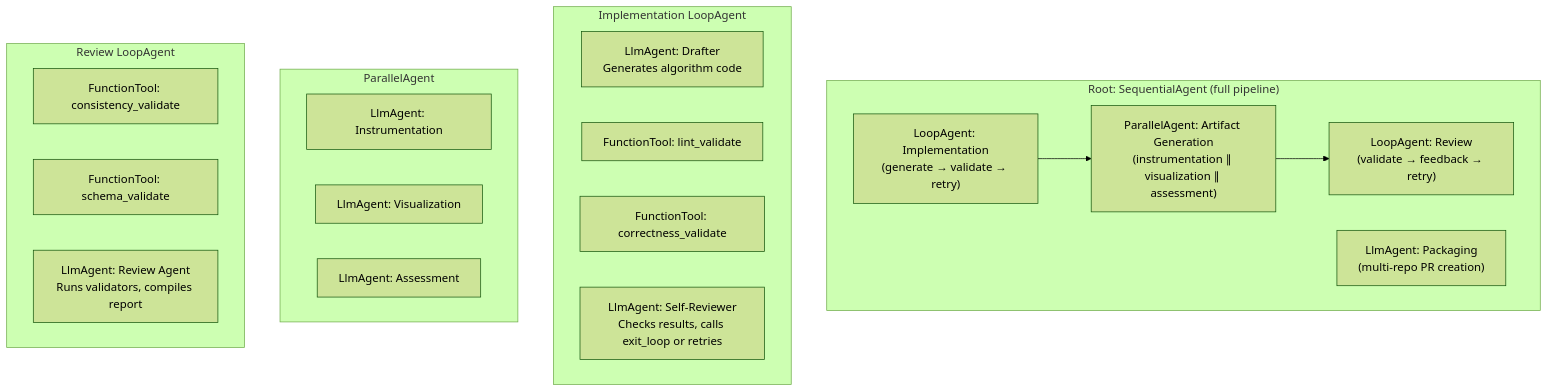
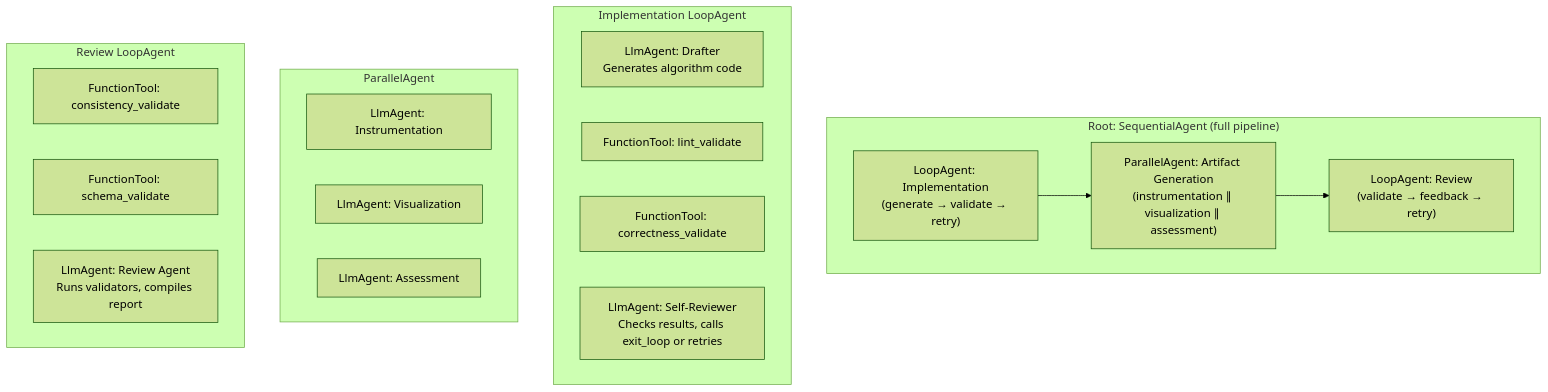
Before and after one commit to no-magic-ai/apprentice: the first of 7 diagrams in docs/system-design.md, drawn with Mermaid (forest theme). The commit also changed other lines of this file and 3 other files, not shown here.

````diff
--- a/docs/system-design.md
+++ b/docs/system-design.md
@@ -137,30 +137,29 @@
 ```mermaid
 graph TB
     subgraph "Root: SequentialAgent (full pipeline)"
         ImplLoop["LoopAgent: Implementation<br/>(generate → validate → retry)"]
         Parallel["ParallelAgent: Artifact Generation<br/>(instrumentation ∥ visualization ∥ assessment)"]
         ReviewLoop["LoopAgent: Review<br/>(validate → feedback → retry)"]
-        Packaging["LlmAgent: Packaging<br/>(multi-repo PR creation)"]
     end
 
     subgraph "Implementation LoopAgent"
         Drafter[LlmAgent: Drafter<br/>Generates algorithm code]
         LintTool[FunctionTool: lint_validate]
         CorrectTool[FunctionTool: correctness_validate]
         Reviewer1[LlmAgent: Self-Reviewer<br/>Checks results, calls exit_loop or retries]
     end
 
     subgraph "ParallelAgent"
         InstrAgent[LlmAgent: Instrumentation]
         VizAgent[LlmAgent: Visualization]
         AssessAgent[LlmAgent: Assessment]
     end
 
     subgraph "Review LoopAgent"
         ConsistTool[FunctionTool: consistency_validate]
         SchemaTool[FunctionTool: schema_validate]
         ReviewAgent[LlmAgent: Review Agent<br/>Runs validators, compiles report]
     end
 
     ImplLoop --> Parallel --> ReviewLoop
 ```
````
